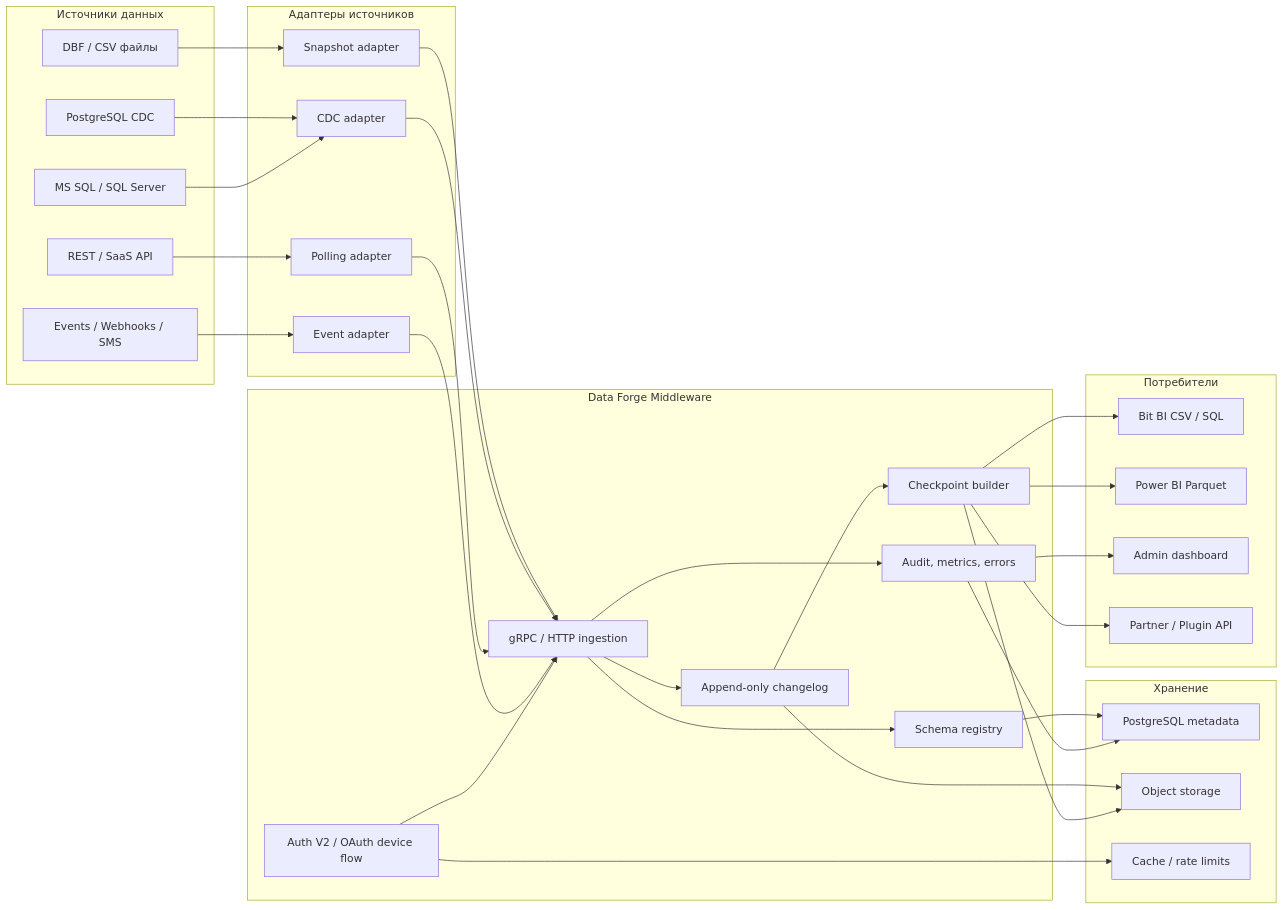
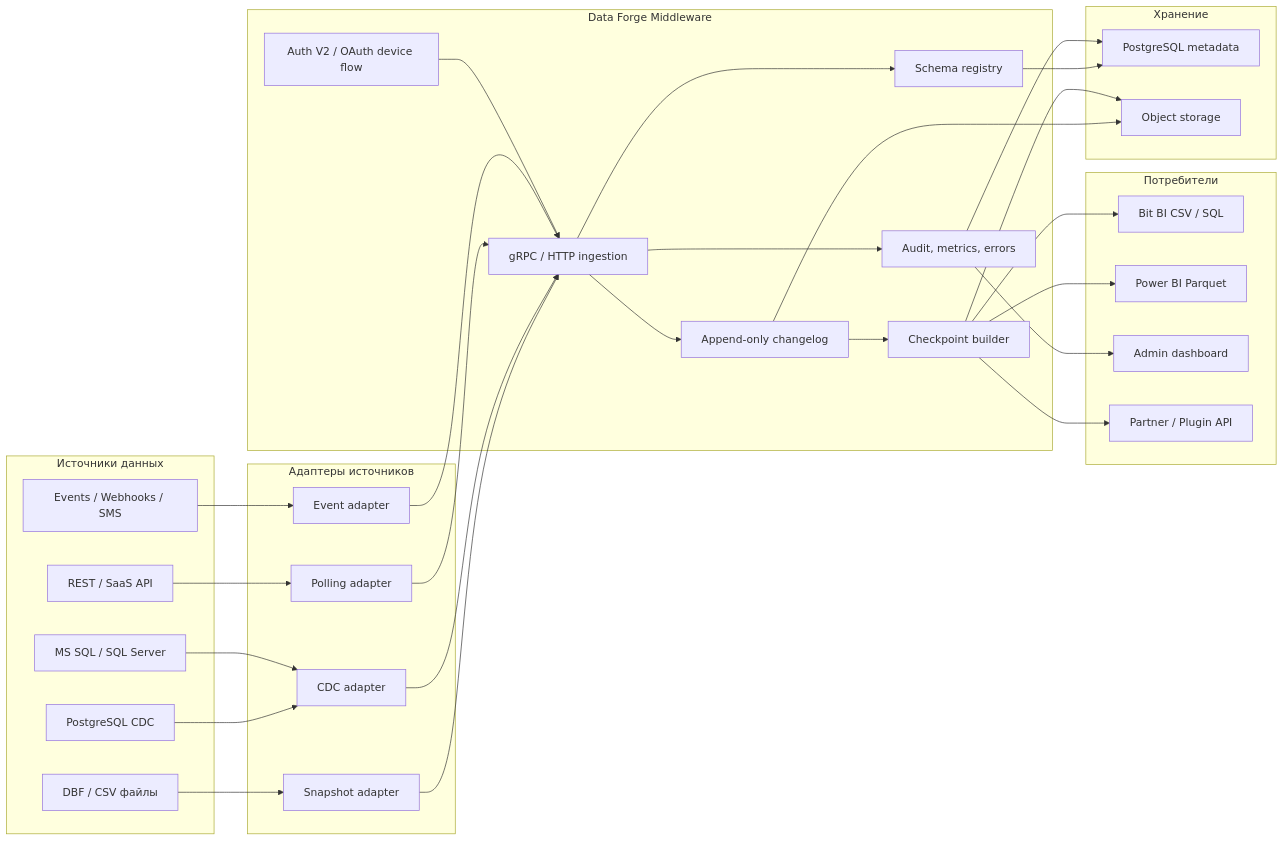
Before and after one commit to quantum-soft-dev/data-forge-middleware: the first of 9 diagrams in docs/data-platform-concept.ru.md, drawn with Mermaid. The commit also changed 17 other files, not shown here.

````diff
--- a/docs/data-platform-concept.ru.md
+++ b/docs/data-platform-concept.ru.md
@@ -53,67 +53,65 @@
 ```mermaid
 flowchart LR
     subgraph Sources["Источники данных"]
         PG["PostgreSQL CDC"]
         MSSQL["MS SQL / SQL Server"]
         DBF["DBF / CSV файлы"]
         API["REST / SaaS API"]
         Events["Events / Webhooks / SMS"]
     end
 
     subgraph Adapters["Адаптеры источников"]
         Snapshot["Snapshot adapter"]
         CDC["CDC adapter"]
         Poller["Polling adapter"]
         EventAdapter["Event adapter"]
     end
 
     subgraph Middleware["Data Forge Middleware"]
         Auth["Auth V2 / OAuth device flow"]
         Schema["Schema registry"]
         Ingest["gRPC / HTTP ingestion"]
         Changelog["Append-only changelog"]
         Checkpoint["Checkpoint builder"]
         Audit["Audit, metrics, errors"]
     end
 
     subgraph Storage["Хранение"]
         Postgres["PostgreSQL metadata"]
         S3["Object storage"]
-        Redis["Cache / rate limits"]
     end
 
     subgraph Consumers["Потребители"]
         BitBI["Bit BI CSV / SQL"]
         PowerBI["Power BI Parquet"]
         AdminUI["Admin dashboard"]
         APIOut["Partner / Plugin API"]
     end
 
     PG --> CDC
     MSSQL --> CDC
     DBF --> Snapshot
     API --> Poller
     Events --> EventAdapter
 
     Snapshot --> Ingest
     CDC --> Ingest
     Poller --> Ingest
     EventAdapter --> Ingest
 
     Auth --> Ingest
     Ingest --> Schema
     Ingest --> Changelog
     Changelog --> Checkpoint
     Ingest --> Audit
 
     Schema --> Postgres
     Changelog --> S3
     Checkpoint --> S3
     Audit --> Postgres
-    Auth --> Redis
 
     Checkpoint --> BitBI
     Checkpoint --> PowerBI
     Audit --> AdminUI
     Checkpoint --> APIOut
 ```
````
